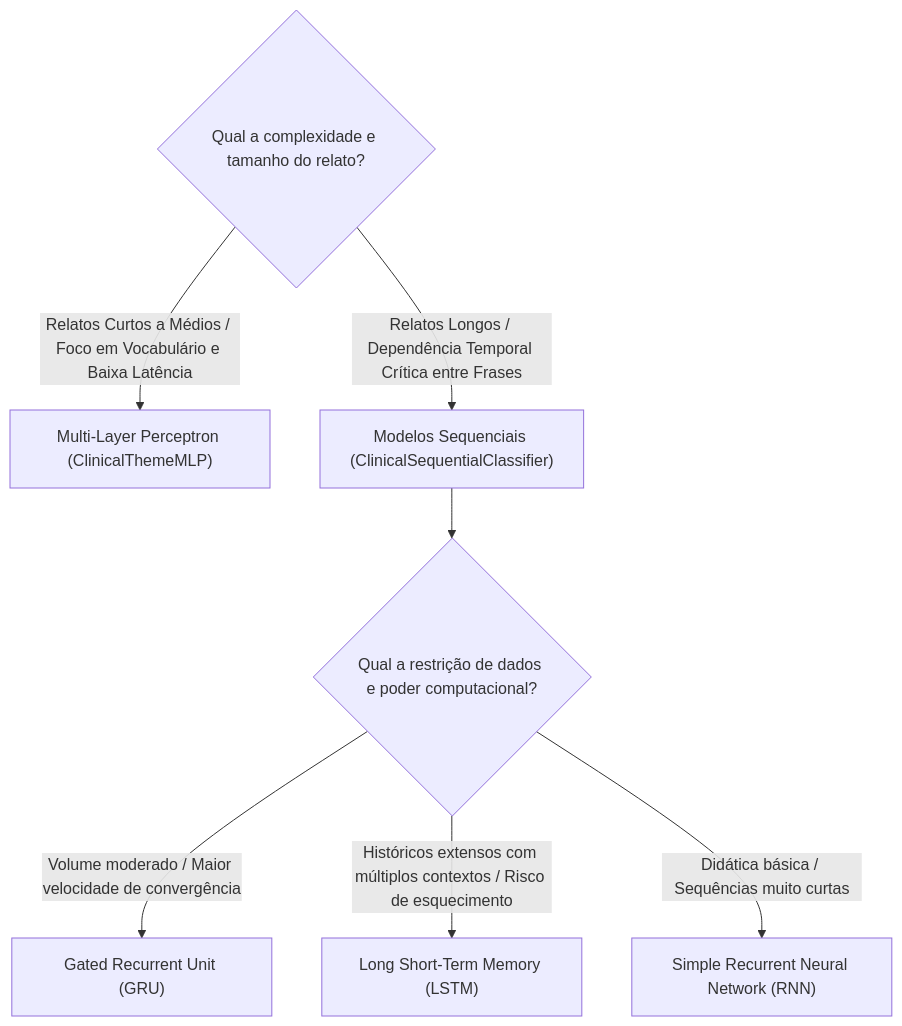
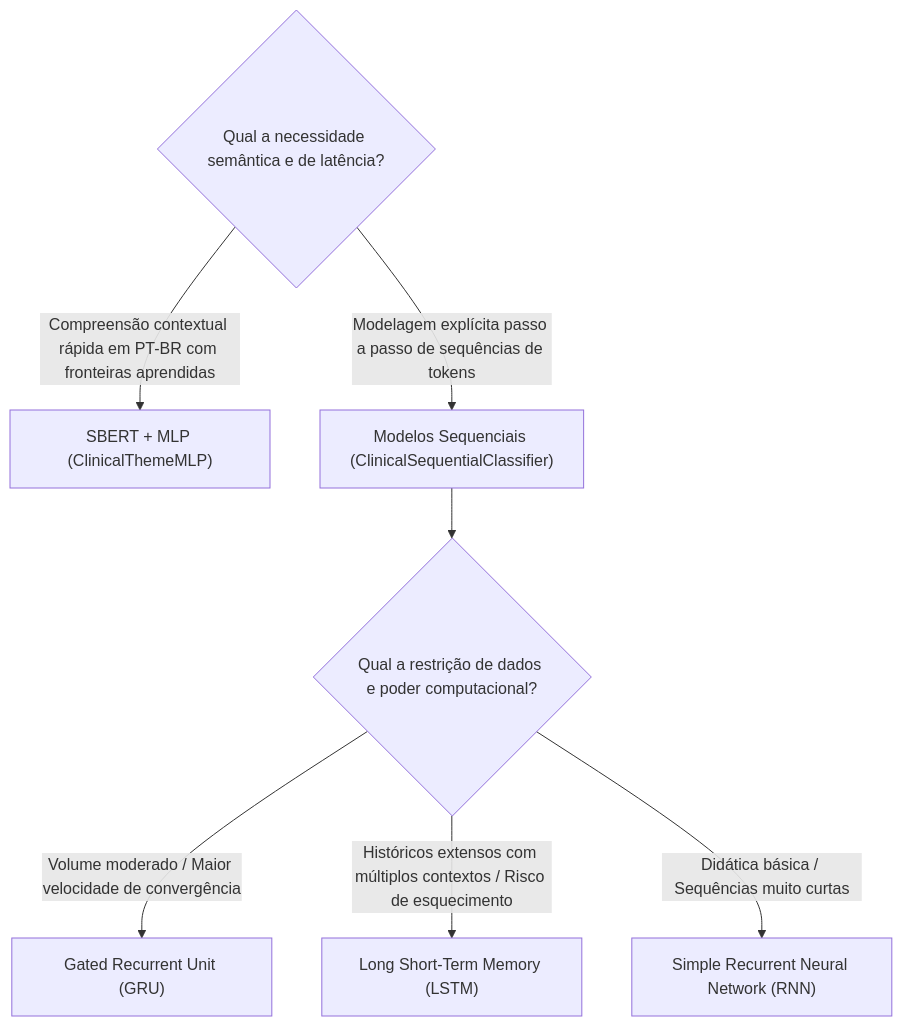
Before and after one commit to 007-Licensa-Para-Executar/challenge-2-base: the third of 3 diagrams in docs/neural-network-flow.md, drawn with Mermaid. The commit also changed other lines of this file and 18 other files, not shown here.

Commit message:
Refactor neural network implementation to classify 6 clinical themes using SBERT embeddings; update documentation and roadmap accordingly.

````diff
--- a/docs/neural-network-flow.md
+++ b/docs/neural-network-flow.md
@@ -156,12 +153,12 @@
 ```mermaid
 flowchart TD
-    Q1{"Qual a complexidade e tamanho do relato?"}
-    
-    Q1 -- "Relatos Curtos a Médios / Foco em Vocabulário e Baixa Latência" --> MLP["Multi-Layer Perceptron (ClinicalThemeMLP)"]
-    Q1 -- "Relatos Longos / Dependência Temporal Crítica entre Frases" --> SEQ["Modelos Sequenciais (ClinicalSequentialClassifier)"]
-    
+    Q1{"Qual a necessidade semântica e de latência?"}
+
+    Q1 -- "Compreensão contextual rápida em PT-BR com fronteiras aprendidas" --> MLP["SBERT + MLP (ClinicalThemeMLP)"]
+    Q1 -- "Modelagem explícita passo a passo de sequências de tokens" --> SEQ["Modelos Sequenciais (ClinicalSequentialClassifier)"]
+
     SEQ --> Q2{"Qual a restrição de dados e poder computacional?"}
     Q2 -- "Volume moderado / Maior velocidade de convergência" --> GRU["Gated Recurrent Unit (GRU)"]
     Q2 -- "Históricos extensos com múltiplos contextos / Risco de esquecimento" --> LSTM["Long Short-Term Memory (LSTM)"]
     Q2 -- "Didática básica / Sequências muito curtas" --> RNN["Simple Recurrent Neural Network (RNN)"]
 ```
````
